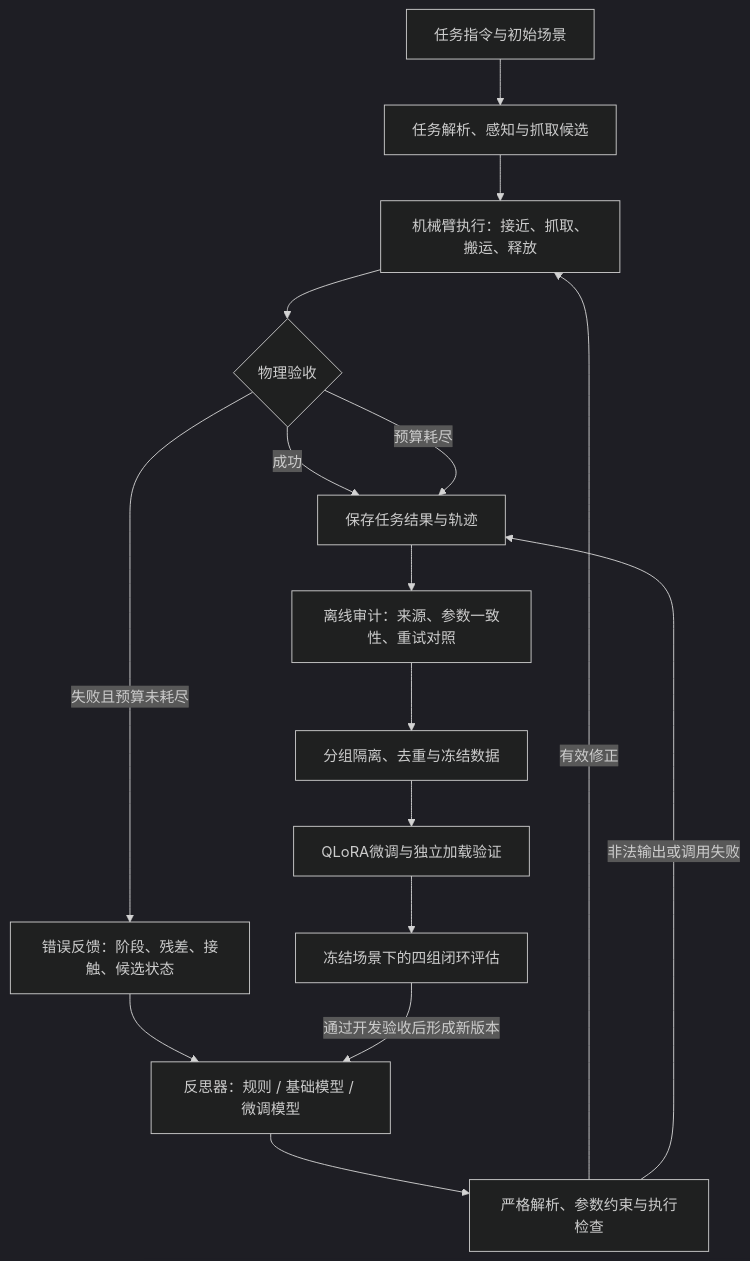
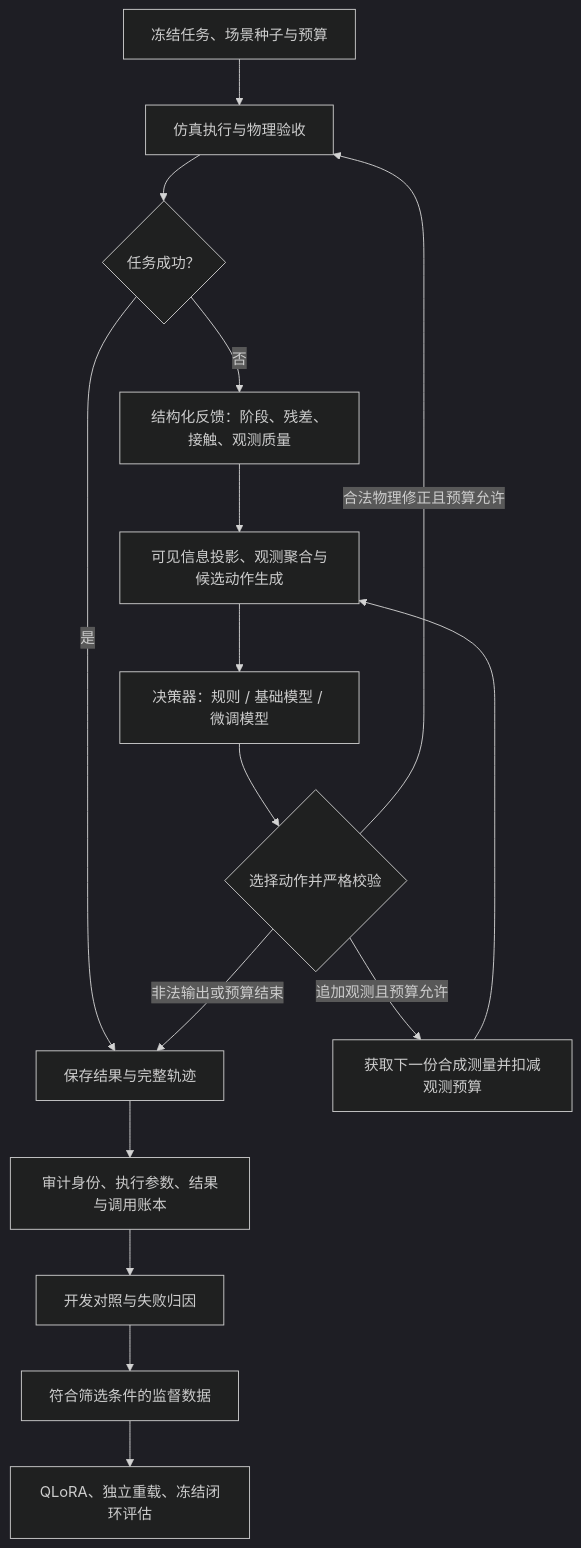
The diagram in README.md (yeliheng-010/robotic-arm-reflection-thesis), drawn with Mermaid (dark theme) before and after one commit. The commit also changed other lines of this file and 10 other files, not shown here.

````diff
--- a/README.md
+++ b/README.md
@@ -25,18 +33,18 @@
 ```mermaid
 flowchart TD
-    A["任务指令与初始场景"] --> B["任务解析、感知与抓取候选"]
-    B --> C["机械臂执行：接近、抓取、搬运、释放"]
-    C --> D{"物理验收"}
-    D -->|"成功"| E["保存任务结果与轨迹"]
-    D -->|"失败且预算未耗尽"| F["错误反馈：阶段、残差、接触、候选状态"]
-    F --> G["反思器：规则 / 基础模型 / 微调模型"]
-    G --> H["严格解析、参数约束与执行检查"]
-    H -->|"有效修正"| C
-    H -->|"非法输出或调用失败"| E
-    D -->|"预算耗尽"| E
-    E --> I["离线审计：来源、参数一致性、重试对照"]
-    I --> J["分组隔离、去重与冻结数据"]
-    J --> K["QLoRA微调与独立加载验证"]
-    K --> L["冻结场景下的四组闭环评估"]
-    L -->|"通过开发验收后形成新版本"| G
+    A["冻结任务、场景种子与预算"] --> B["仿真执行与物理验收"]
+    B --> C{"任务成功？"}
+    C -->|是| R["保存结果与完整轨迹"]
+    C -->|否| D["结构化反馈：阶段、残差、接触、观测质量"]
+    D --> E["可见信息投影、观测聚合与候选动作生成"]
+    E --> F["决策器：规则 / 基础模型 / 微调模型"]
+    F --> G{"选择动作并严格校验"}
+    G -->|追加观测且预算允许| O["获取下一份合成测量并扣减观测预算"]
+    O --> E
+    G -->|合法物理修正且预算允许| B
+    G -->|非法输出或预算结束| R
+    R --> H["审计身份、执行参数、结果与调用账本"]
+    H --> I["开发对照与失败归因"]
+    I --> J["符合筛选条件的监督数据"]
+    J --> K["QLoRA、独立重载、冻结闭环评估"]
 ```
````
